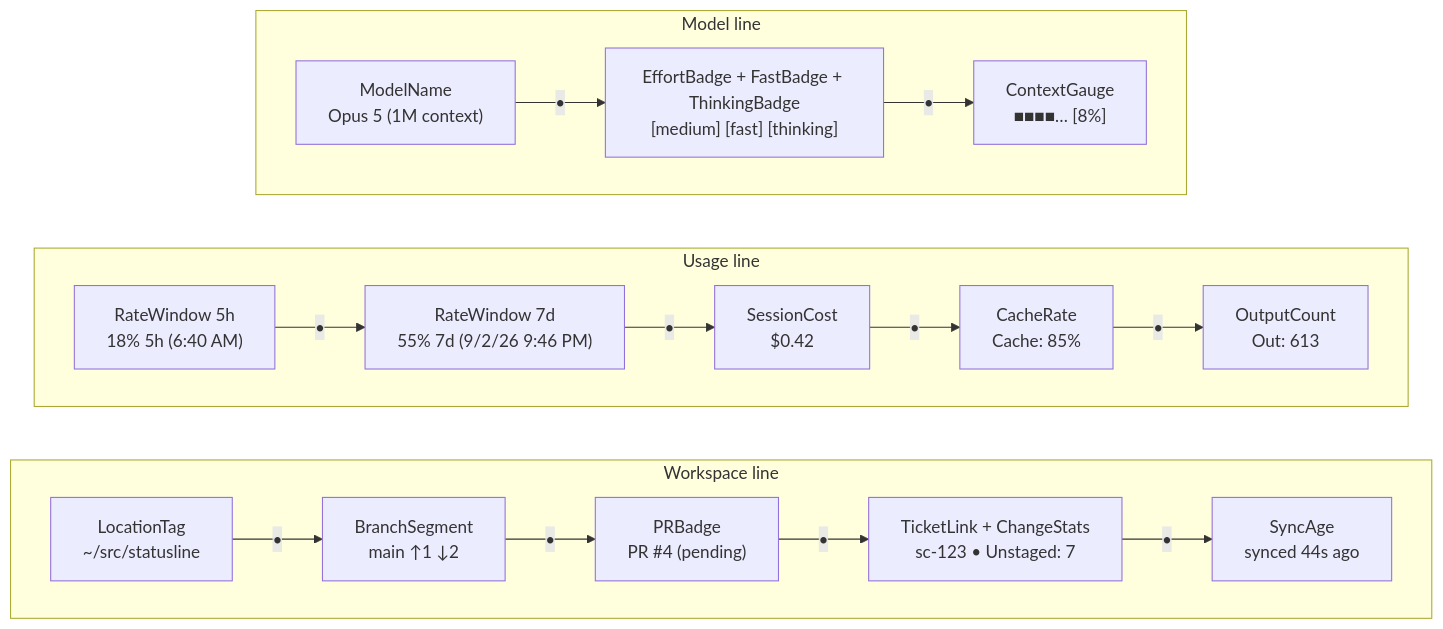
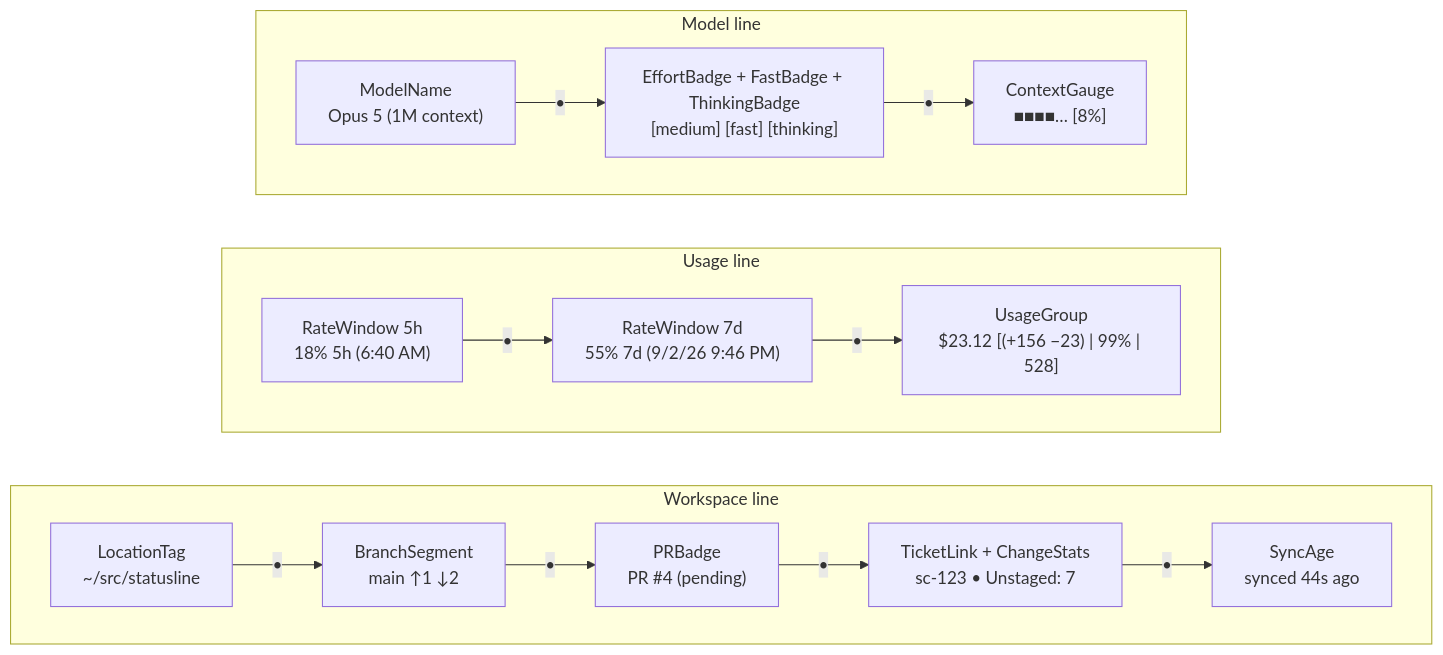
Before and after one commit to okize/statusline: the diagram in README.md, drawn with Mermaid. The commit also changed other lines of this file and 10 other files, not shown here.

First line of the commit message:
feat: restructure line 2 into a bracketed usage group

````diff
--- a/README.md
+++ b/README.md
@@ -30,19 +30,19 @@
 ```mermaid
 flowchart TB
     subgraph ModelLine["Model line"]
         direction LR
         ModelName["ModelName<br/>Opus 5 (1M context)"] -- "•" --> EffortBadge["EffortBadge + FastBadge + ThinkingBadge<br/>[medium] [fast] [thinking]"] -- "•" --> ContextGauge["ContextGauge<br/>■■■■… [8%]"]
     end
 
     subgraph UsageLine["Usage line"]
         direction LR
-        RateWindow5["RateWindow 5h<br/>18% 5h (6:40 AM)"] -- "•" --> RateWindow7["RateWindow 7d<br/>55% 7d (9/2/26 9:46 PM)"] -- "•" --> SessionCost["SessionCost<br/>$0.42"] -- "•" --> CacheRate["CacheRate<br/>Cache: 85%"] -- "•" --> OutputCount["OutputCount<br/>Out: 613"]
+        RateWindow5["RateWindow 5h<br/>18% 5h (6:40 AM)"] -- "•" --> RateWindow7["RateWindow 7d<br/>55% 7d (9/2/26 9:46 PM)"] -- "•" --> UsageGroup["UsageGroup<br/>$23.12 [(+156 −23) | 99% | 528]"]
     end
 
     subgraph WorkspaceLine["Workspace line"]
         direction LR
         LocationTag["LocationTag<br/>~/src/statusline"] -- "•" --> BranchSegment["BranchSegment<br/>main ↑1 ↓2"] -- "•" --> PRBadge["PRBadge<br/>PR #4 (pending)"] -- "•" --> ChangeStats["TicketLink + ChangeStats<br/>sc-123 • Unstaged: 7"] -- "•" --> SyncAge["SyncAge<br/>synced 44s ago"]
     end
 
     ModelLine ~~~ UsageLine ~~~ WorkspaceLine
 ```
````
